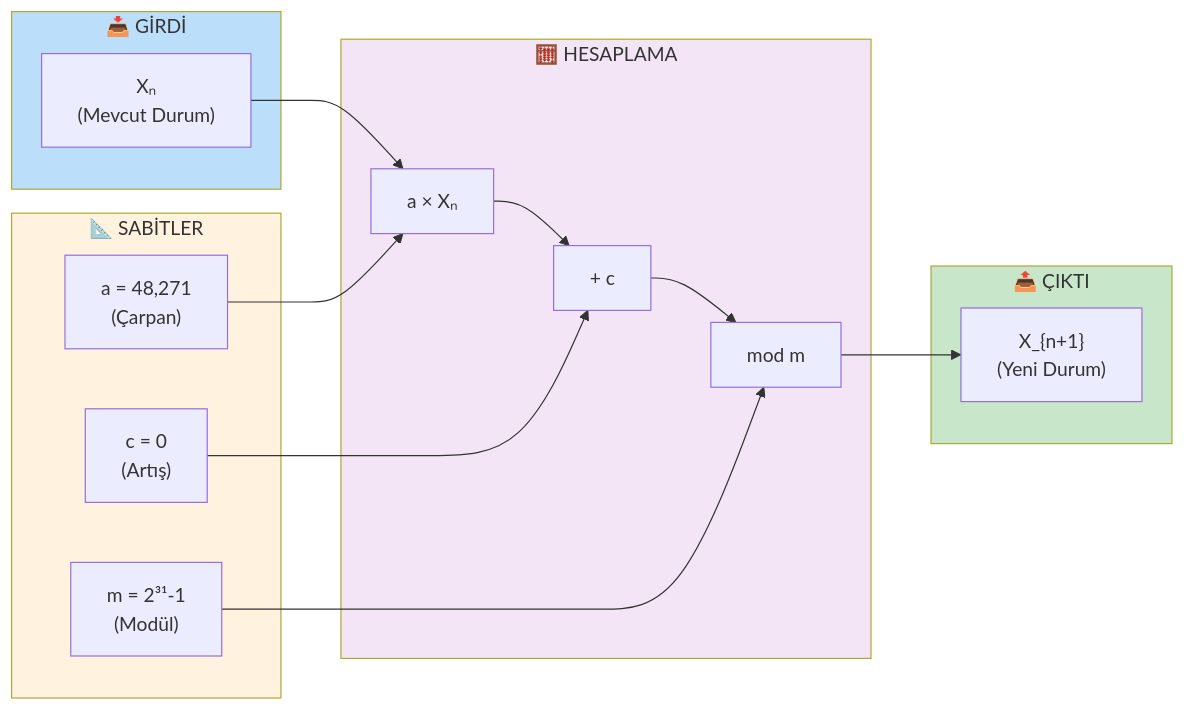
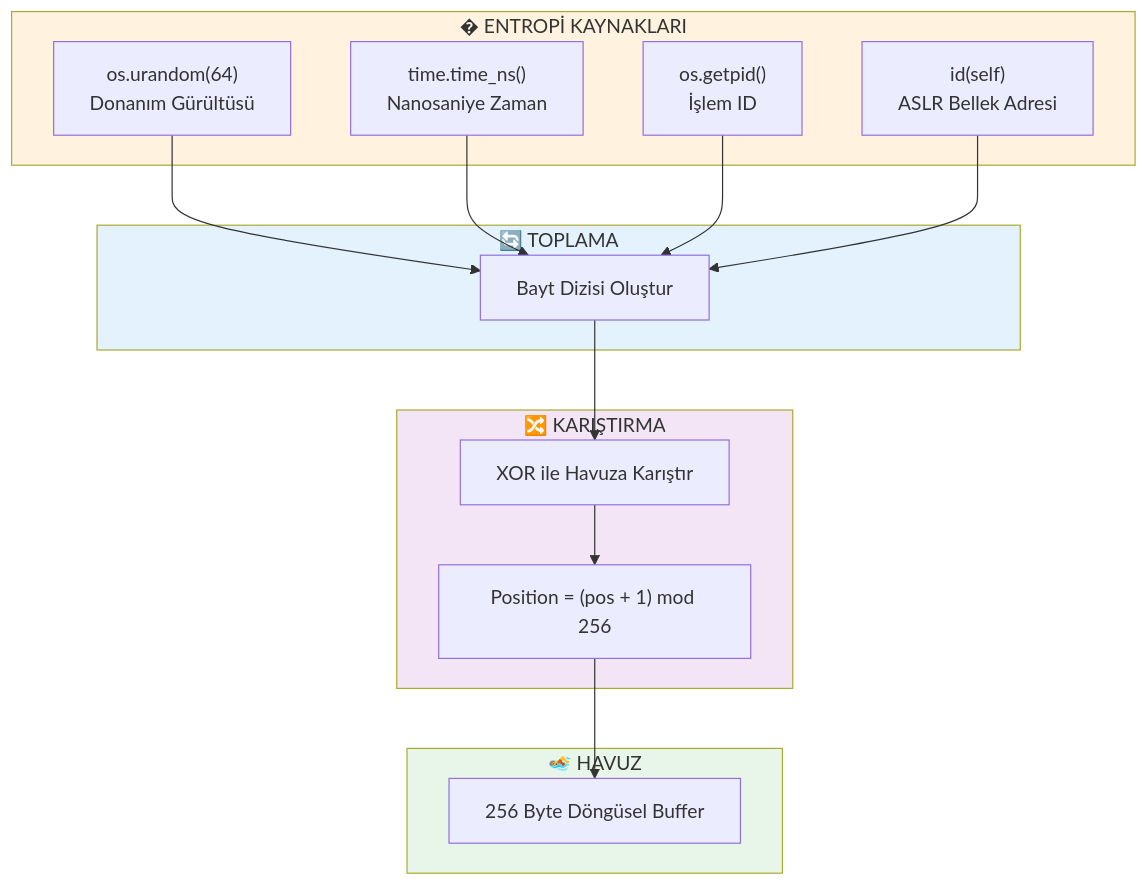
Before and after one commit to Samet230/Rastgele_Sayi_Ureteci: the third of 9 diagrams in docs/FLOWCHART.md, drawn with Mermaid. The commit also changed other lines of this file and 3 other files, not shown here.

````diff
--- a/docs/FLOWCHART.md
+++ b/docs/FLOWCHART.md
@@ -47,35 +101,35 @@
 ```mermaid
-flowchart LR
-    subgraph INPUT["📥 GİRDİ"]
-        X["Xₙ<br/>(Mevcut Durum)"]
+flowchart TD
+    subgraph SOURCES["� ENTROPİ KAYNAKLARI"]
+        S1["os.urandom(64)<br/>Donanım Gürültüsü"]
+        S2["time.time_ns()<br/>Nanosaniye Zaman"]
+        S3["os.getpid()<br/>İşlem ID"]
+        S4["id(self)<br/>ASLR Bellek Adresi"]
     end
     
-    subgraph CONSTANTS["📐 SABİTLER"]
-        A["a = 48,271<br/>(Çarpan)"]
-        C["c = 0<br/>(Artış)"]
-        M["m = 2³¹-1<br/>(Modül)"]
+    subgraph COLLECT["🔄 TOPLAMA"]
+        C["Bayt Dizisi Oluştur"]
     end
     
-    subgraph CALCULATION["🧮 HESAPLAMA"]
-        MULT["a × Xₙ"]
-        ADD["+ c"]
-        MOD["mod m"]
+    subgraph MIX["🔀 KARIŞTIRMA"]
+        M1["XOR ile Havuza Karıştır"]
+        M2["Position = (pos + 1) mod 256"]
     end
     
-    subgraph OUTPUT["📤 ÇIKTI"]
-        Y["X_{n+1}<br/>(Yeni Durum)"]
+    subgraph POOL["🏊 HAVUZ"]
+        P["256 Byte Döngüsel Buffer"]
     end
     
-    X --> MULT
-    A --> MULT
-    MULT --> ADD
-    C --> ADD
-    ADD --> MOD
-    M --> MOD
-    MOD --> Y
+    S1 --> C
+    S2 --> C
+    S3 --> C
+    S4 --> C
+    C --> M1
+    M1 --> M2
+    M2 --> P
     
-    style INPUT fill:#bbdefb
-    style CONSTANTS fill:#fff3e0
-    style CALCULATION fill:#f3e5f5
-    style OUTPUT fill:#c8e6c9
+    style SOURCES fill:#fff3e0
+    style COLLECT fill:#e3f2fd
+    style MIX fill:#f3e5f5
+    style POOL fill:#e8f5e9
 ```
````
